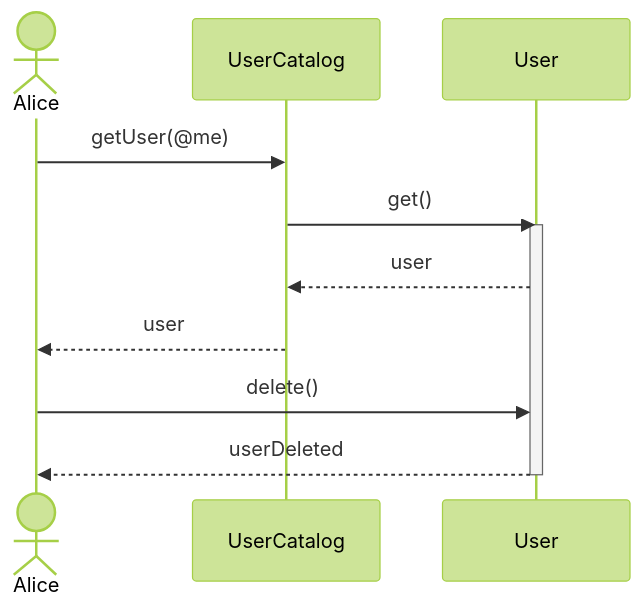
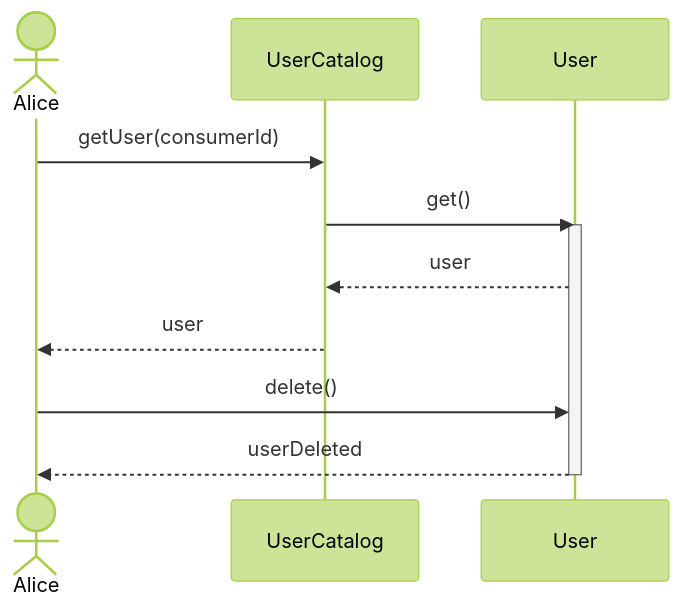
Before and after one commit to hivetown/planning: the tenth of 32 diagrams in sequence.md, drawn with Mermaid (forest theme). The commit also changed other lines of this file, not shown here.

````diff
--- a/sequence.md
+++ b/sequence.md
@@ -264,15 +303,15 @@
 ```mermaid
 sequenceDiagram
     actor A as Alice
     participant UC as UserCatalog
     participant U as User
 
-    A ->> UC: getUser(@me)
+    A ->> UC: getUser(consumerId)
     UC ->> U: get()
     activate U
     U -->> UC: user
     UC -->> A: user
     A ->> U: delete()
     U -->> A: userDeleted
     deactivate U
 ```
````
